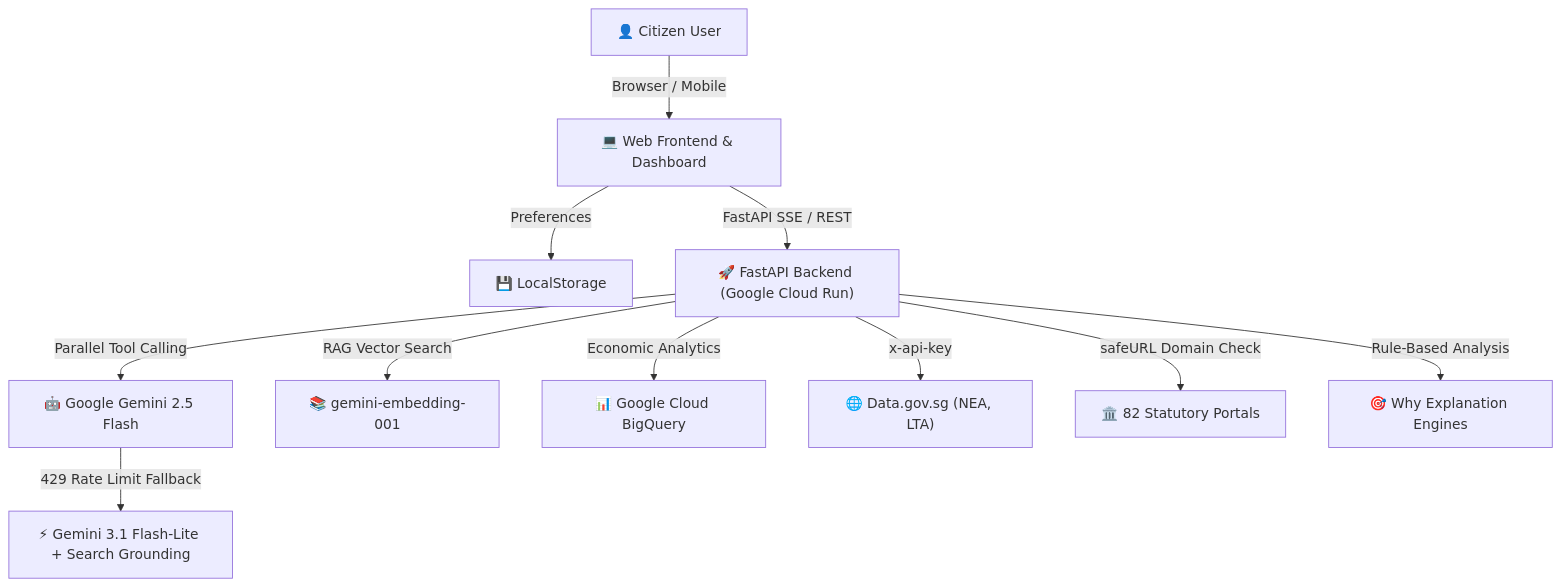
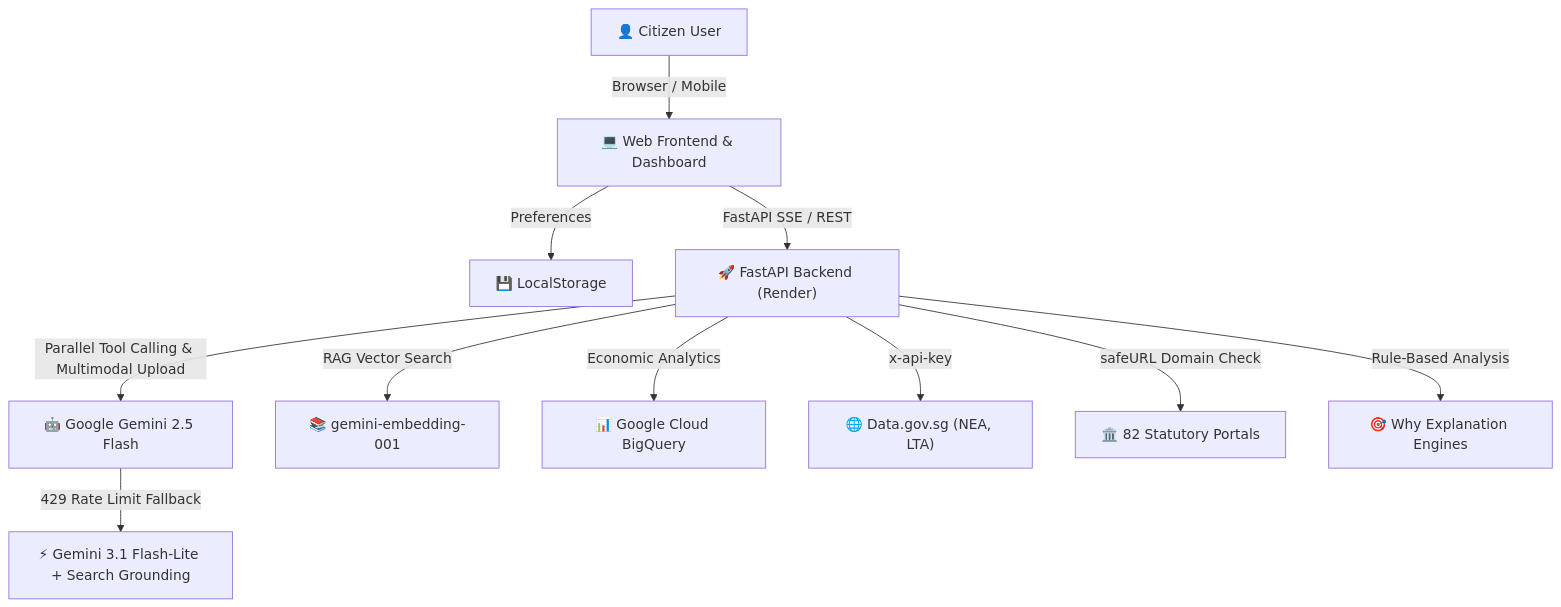
Before and after one commit to leshweyeewin/merlion-os: the diagram in README.md, drawn with Mermaid.

Commit message:
chore: update infrastructure backend details in README

````diff
--- a/README.md
+++ b/README.md
@@ -33,15 +33,15 @@
 ```mermaid
 flowchart TD
     User["👤 Citizen User"] -->|Browser / Mobile| FE["💻 Web Frontend & Dashboard"]
     FE -->|Preferences| LocalStorage["💾 LocalStorage"]
-    FE -->|FastAPI SSE / REST| API["🚀 FastAPI Backend (Google Cloud Run)"]
+    FE -->|FastAPI SSE / REST| API["🚀 FastAPI Backend (Render)"]
 
-    API -->|Parallel Tool Calling| Gemini["🤖 Google Gemini 2.5 Flash"]
+    API -->|Parallel Tool Calling & Multimodal Upload| Gemini["🤖 Google Gemini 2.5 Flash"]
     API -->|RAG Vector Search| Embed["📚 gemini-embedding-001"]
     Gemini -->|429 Rate Limit Fallback| FlashLite["⚡ Gemini 3.1 Flash-Lite + Search Grounding"]
 
     API -->|Economic Analytics| BQ["📊 Google Cloud BigQuery"]
     API -->|x-api-key| DataGov["🌐 Data.gov.sg (NEA, LTA)"]
     API -->|safeURL Domain Check| GovPortals["🏛️ 82 Statutory Portals"]
     API -->|Rule-Based Analysis| WhyEngines["🎯 Why Explanation Engines"]
 ```
````
